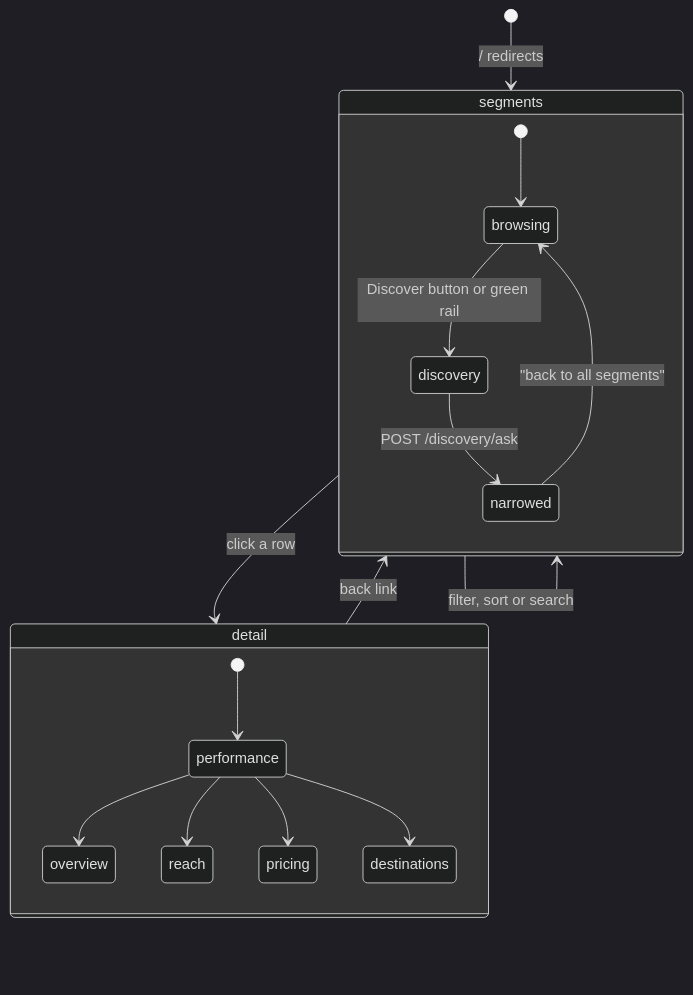
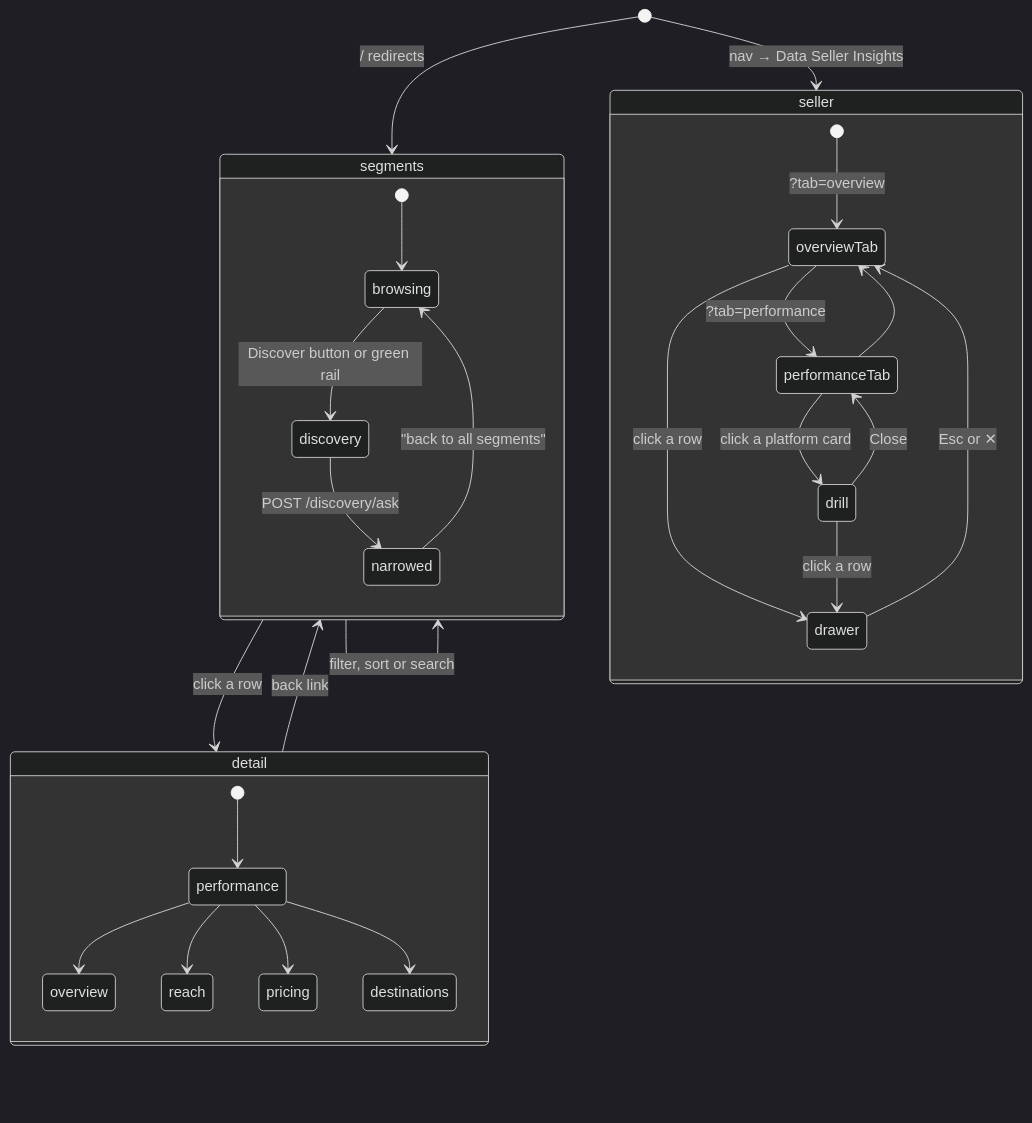
Before and after one commit to vmonala/hackathon_best_seller_ui: the fifth of 6 diagrams in README.md, drawn with Mermaid (dark theme). The commit also changed other lines of this file and 20 other files, not shown here.

First line of the commit message:
Add Data Seller Insights module and per-module API mode

````diff
--- a/README.md
+++ b/README.md
@@ -108,23 +174,36 @@
 ```mermaid
 stateDiagram-v2
     [*] --> segments: / redirects
     segments --> segments: filter, sort or search
 
     state segments {
         [*] --> browsing
         browsing --> discovery: Discover button or green rail
         discovery --> narrowed: POST /discovery/ask
         narrowed --> browsing: "back to all segments"
     }
 
     segments --> detail: click a row
     detail --> segments: back link
 
     state detail {
         [*] --> performance
         performance --> overview
         performance --> reach
         performance --> pricing
         performance --> destinations
     }
+
+    [*] --> seller: nav → Data Seller Insights
+
+    state seller {
+        [*] --> overviewTab: ?tab=overview
+        overviewTab --> performanceTab: ?tab=performance
+        performanceTab --> overviewTab
+        performanceTab --> drill: click a platform card
+        drill --> performanceTab: Close
+        overviewTab --> drawer: click a row
+        drill --> drawer: click a row
+        drawer --> overviewTab: Esc or ✕
+    }
 ```
````
